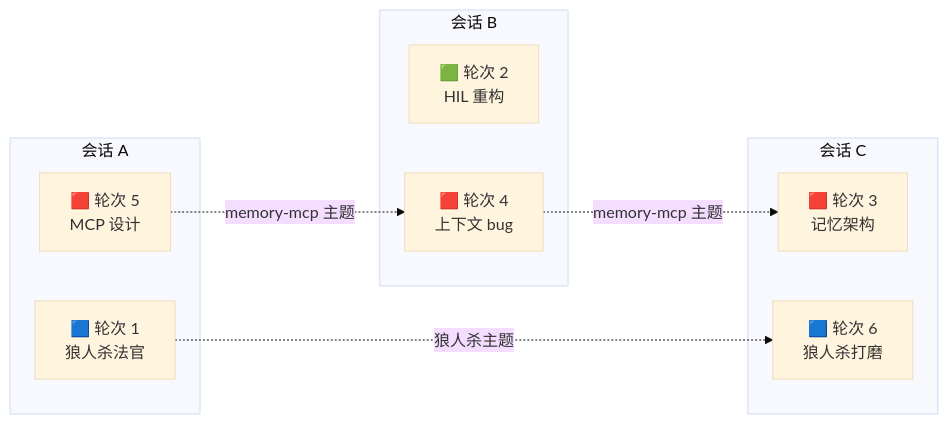
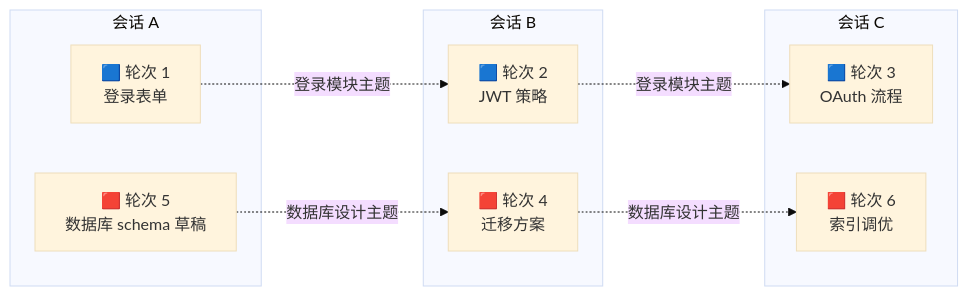
One commit to Zehee/kimi-code-memory-mcp-server changed the diagram in README.zh-CN.md. Above: the diagram before and after it, drawn with Mermaid. The commit also changed other lines of this file and 1 other file, not shown here.

Commit message:
docs(readme): replace theme tracing examples with login-module and database-design

````diff
--- a/README.zh-CN.md
+++ b/README.zh-CN.md
@@ -30,22 +30,23 @@
 ```mermaid
 %%{init: {'theme': 'base'}}%%
 flowchart LR
     subgraph SessionA["会话 A"]
-        A1["🟦 轮次 1<br/>狼人杀法官"]
-        A2["🟥 轮次 5<br/>MCP 设计"]
+        A1["🟦 轮次 1<br/>登录表单"]
+        A2["🟥 轮次 5<br/>数据库 schema 草稿"]
     end
 
     subgraph SessionB["会话 B"]
-        B1["🟩 轮次 2<br/>HIL 重构"]
-        B2["🟥 轮次 4<br/>上下文 bug"]
+        B1["🟦 轮次 2<br/>JWT 策略"]
+        B2["🟥 轮次 4<br/>迁移方案"]
     end
 
     subgraph SessionC["会话 C"]
-        C1["🟥 轮次 3<br/>记忆架构"]
-        C2["🟦 轮次 6<br/>狼人杀打磨"]
+        C1["🟦 轮次 3<br/>OAuth 流程"]
+        C2["🟥 轮次 6<br/>索引调优"]
     end
 
-    A2 -. "memory-mcp 主题" .-> B2
-    B2 -. "memory-mcp 主题" .-> C1
-    A1 -. "狼人杀主题" .-> C2
+    A1 -. "登录模块主题" .-> B1
+    B1 -. "登录模块主题" .-> C1
+    A2 -. "数据库设计主题" .-> B2
+    B2 -. "数据库设计主题" .-> C2
 ```
````
